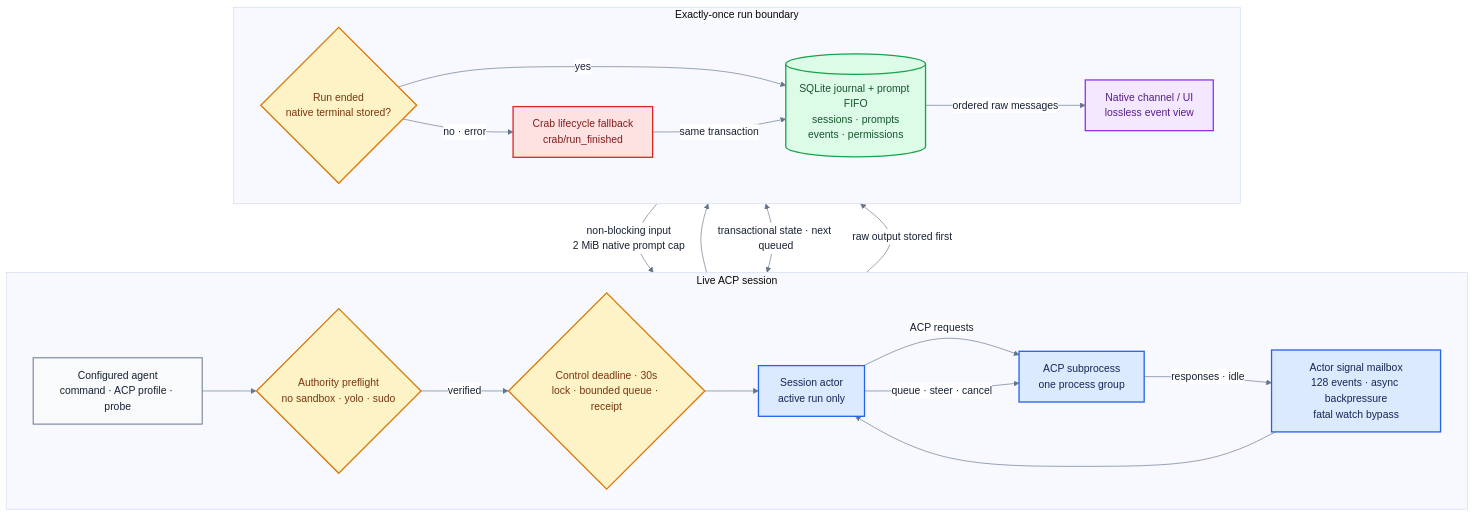
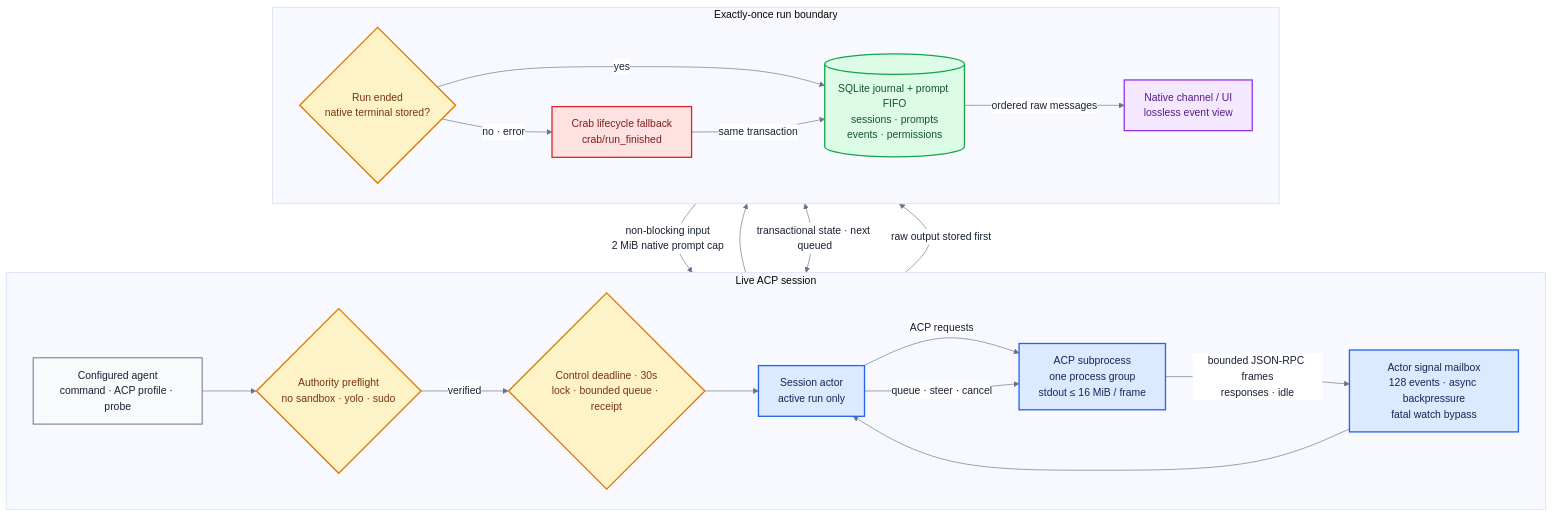
Before and after one commit to fontanierh/crab: the diagram in v2/docs/agent-host-flow.mmd, drawn with Mermaid. The commit also changed 6 other files, not shown here.

Commit message:
fix(v2): bound ACP adapter stdout frames (#314)

```diff
--- a/v2/docs/agent-host-flow.mmd
+++ b/v2/docs/agent-host-flow.mmd
@@ -1,47 +1,47 @@
 %%{init: {"theme": "base", "themeVariables": {"fontFamily": "ui-sans-serif, system-ui, sans-serif", "primaryTextColor": "#172033", "lineColor": "#64748b", "edgeLabelBackground": "#ffffff"}, "flowchart": {"curve": "basis", "nodeSpacing": 42, "rankSpacing": 58}}}%%
 flowchart TB
     subgraph LIVE["Live ACP session"]
         direction LR
         CONFIG["Configured agent<br/>command · ACP profile · probe"]
         PREFLIGHT{"Authority preflight<br/>no sandbox · yolo · sudo"}
         CONTROL{"Control deadline · 30s<br/>lock · bounded queue · receipt"}
         ACTOR["Session actor<br/>active run only"]
         MAILBOX["Actor signal mailbox<br/>128 events · async backpressure<br/>fatal watch bypass"]
-        ACP["ACP subprocess<br/>one process group"]
+        ACP["ACP subprocess<br/>one process group<br/>stdout ≤ 16 MiB / frame"]
         CONFIG --> PREFLIGHT
         PREFLIGHT -->|"verified"| CONTROL --> ACTOR
         ACTOR -->|"ACP requests"| ACP
-        ACP -->|"responses · idle"| MAILBOX --> ACTOR
+        ACP -->|"bounded JSON-RPC frames<br/>responses · idle"| MAILBOX --> ACTOR
         ACTOR -->|"queue · steer · cancel"| ACP
     end
     subgraph DURABLE["Exactly-once run boundary"]
         direction LR
         ENDED{"Run ended<br/>native terminal stored?"}
         FALLBACK["Crab lifecycle fallback<br/>crab/run_finished"]
         DB[("SQLite journal + prompt FIFO<br/>sessions · prompts<br/>events · permissions")]
         UI["Native channel / UI<br/>lossless event view"]
         ENDED -->|"yes"| DB
         ENDED -->|"no · error"| FALLBACK
         FALLBACK -->|"same transaction"| DB
         DB -->|"ordered raw messages"| UI
     end
 
     ACTOR --> ENDED
     ACTOR <-->|"transactional state · next queued"| DB
     ACP -->|"raw output stored first"| DB
     UI -->|"non-blocking input<br/>2 MiB native prompt cap"| CONTROL
 
     classDef config fill:#f8fafc,stroke:#64748b,stroke-width:1.5px,color:#172033;
     classDef gate fill:#fef3c7,stroke:#d97706,stroke-width:2px,color:#78350f;
     classDef runtime fill:#dbeafe,stroke:#2563eb,stroke-width:2px,color:#172554;
     classDef fallback fill:#fee2e2,stroke:#dc2626,stroke-width:2px,color:#7f1d1d;
     classDef durable fill:#dcfce7,stroke:#16a34a,stroke-width:2px,color:#14532d;
     classDef ui fill:#f3e8ff,stroke:#9333ea,stroke-width:2px,color:#581c87;
 
     class CONFIG config;
     class PREFLIGHT,CONTROL gate;
     class ACTOR,MAILBOX,ACP runtime;
     class FALLBACK fallback;
     class ENDED gate;
     class DB durable;
     class UI ui;
```
